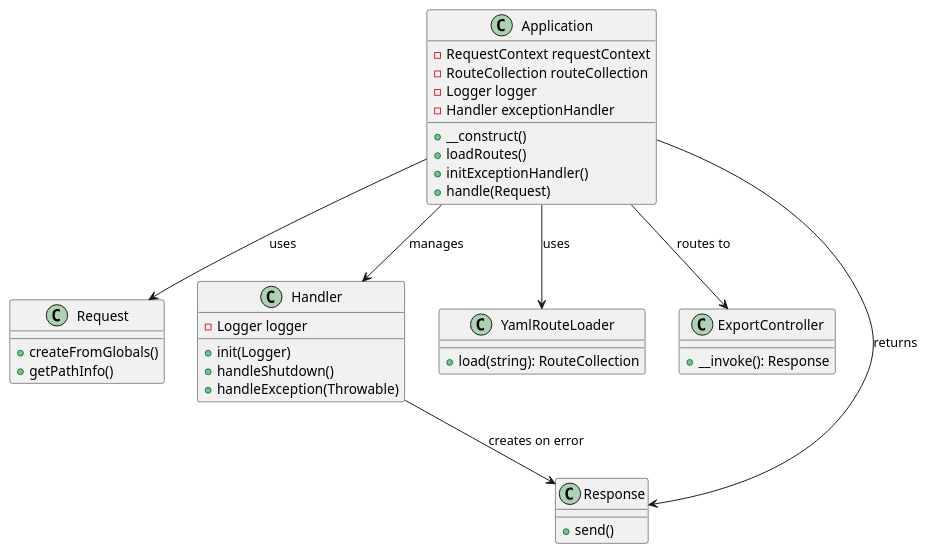
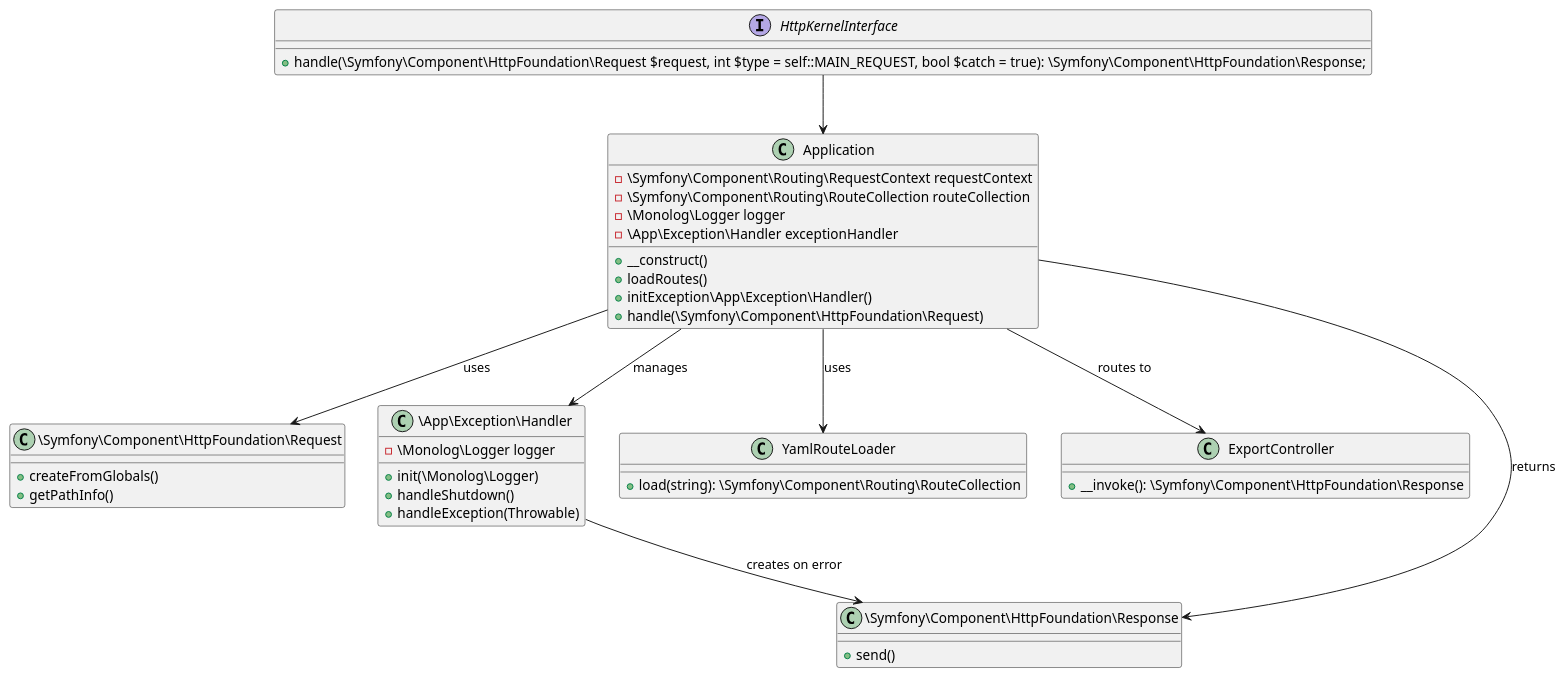
One commit to Ievis/symfony-bootstrap changed the diagram in docs/architecture.puml. Above: the diagram before and after it, drawn with PlantUML. The commit also changed 4 other files, not shown here.

Commit message:
kernel, exception handling, logging

```diff
--- a/docs/architecture.puml
+++ b/docs/architecture.puml
@@ -1,45 +1,50 @@
 @startuml
 skinparam componentStyle uml2
 
-class Request {
+class \Symfony\Component\HttpFoundation\Request {
   +createFromGlobals()
   +getPathInfo()
 }
 
+interface HttpKernelInterface {
+  +handle(\Symfony\Component\HttpFoundation\Request $request, int $type = self::MAIN_REQUEST, bool $catch = true): \Symfony\Component\HttpFoundation\Response;
+}
+
 class Application {
-  -RequestContext requestContext
-  -RouteCollection routeCollection
-  -Logger logger
-  -Handler exceptionHandler
+  -\Symfony\Component\Routing\RequestContext requestContext
+  -\Symfony\Component\Routing\RouteCollection routeCollection
+  -\Monolog\Logger logger
+  -\App\Exception\Handler exceptionHandler
   +__construct()
   +loadRoutes()
-  +initExceptionHandler()
-  +handle(Request)
+  +initException\App\Exception\Handler()
+  +handle(\Symfony\Component\HttpFoundation\Request)
 }
 
-class Handler {
-  -Logger logger
-  +init(Logger)
+class \App\Exception\Handler {
+  -\Monolog\Logger logger
+  +init(\Monolog\Logger)
   +handleShutdown()
   +handleException(Throwable)
 }
 
 class YamlRouteLoader {
-  +load(string): RouteCollection
+  +load(string): \Symfony\Component\Routing\RouteCollection
 }
 
 class ExportController {
-  +__invoke(): Response
+  +__invoke(): \Symfony\Component\HttpFoundation\Response
 }
 
-class Response {
+class \Symfony\Component\HttpFoundation\Response {
   +send()
 }
 
-Application --> Request : uses
-Application --> Handler : manages
+HttpKernelInterface --> Application
+Application --> \Symfony\Component\HttpFoundation\Request : uses
+Application --> \App\Exception\Handler : manages
 Application --> YamlRouteLoader : uses
 Application --> ExportController : routes to
-Application --> Response : returns
-Handler --> Response : creates on error
+Application --> \Symfony\Component\HttpFoundation\Response : returns
+\App\Exception\Handler --> \Symfony\Component\HttpFoundation\Response : creates on error
 @enduml
```
